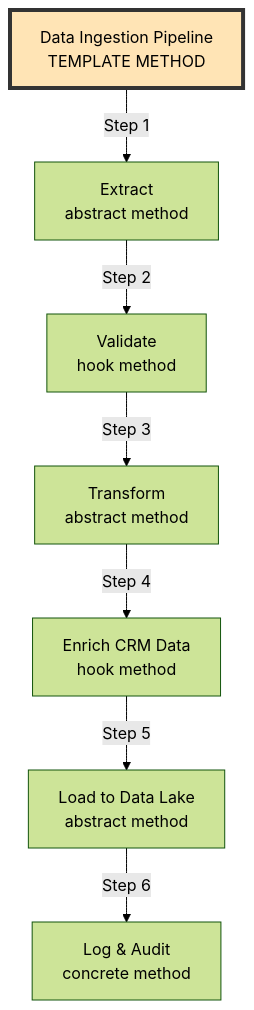
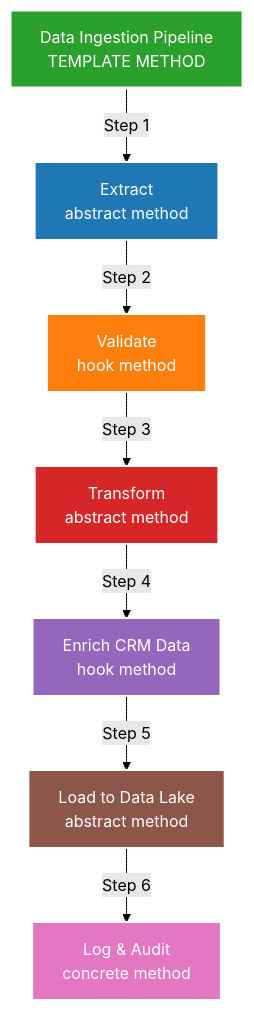
Before and after one commit to arupsarkar-sfdc/Misc: diagram 15 of 20 in README_DataCloud_Patterns_Data_Examples.md, drawn with Mermaid (forest theme). The commit also changed other lines of this file and 1 other file, not shown here.

````diff
--- a/README_DataCloud_Patterns_Data_Examples.md
+++ b/README_DataCloud_Patterns_Data_Examples.md
@@ -2564,11 +4283,17 @@
 ```mermaid
 graph TB
     Start[Data Ingestion Pipeline<br/>TEMPLATE METHOD] -->|Step 1| Extract[Extract<br/>abstract method]
     Extract -->|Step 2| Validate[Validate<br/>hook method]
     Validate -->|Step 3| Transform[Transform<br/>abstract method]
     Transform -->|Step 4| Enrich[Enrich CRM Data<br/>hook method]
     Enrich -->|Step 5| Load[Load to Data Lake<br/>abstract method]
     Load -->|Step 6| Log[Log & Audit<br/>concrete method]
     
-    style Start fill:#FFE4B5,stroke:#333,stroke-width:4px
+    style Start fill:#2ca02c,stroke:#ffffff,stroke-width:3px,color:#ffffff
+    style Extract fill:#1f77b4,stroke:#ffffff,stroke-width:2px,color:#ffffff
+    style Validate fill:#ff7f0e,stroke:#ffffff,stroke-width:2px,color:#ffffff
+    style Transform fill:#d62728,stroke:#ffffff,stroke-width:2px,color:#ffffff
+    style Enrich fill:#9467bd,stroke:#ffffff,stroke-width:2px,color:#ffffff
+    style Load fill:#8c564b,stroke:#ffffff,stroke-width:2px,color:#ffffff
+    style Log fill:#e377c2,stroke:#ffffff,stroke-width:2px,color:#ffffff
 ```
````
